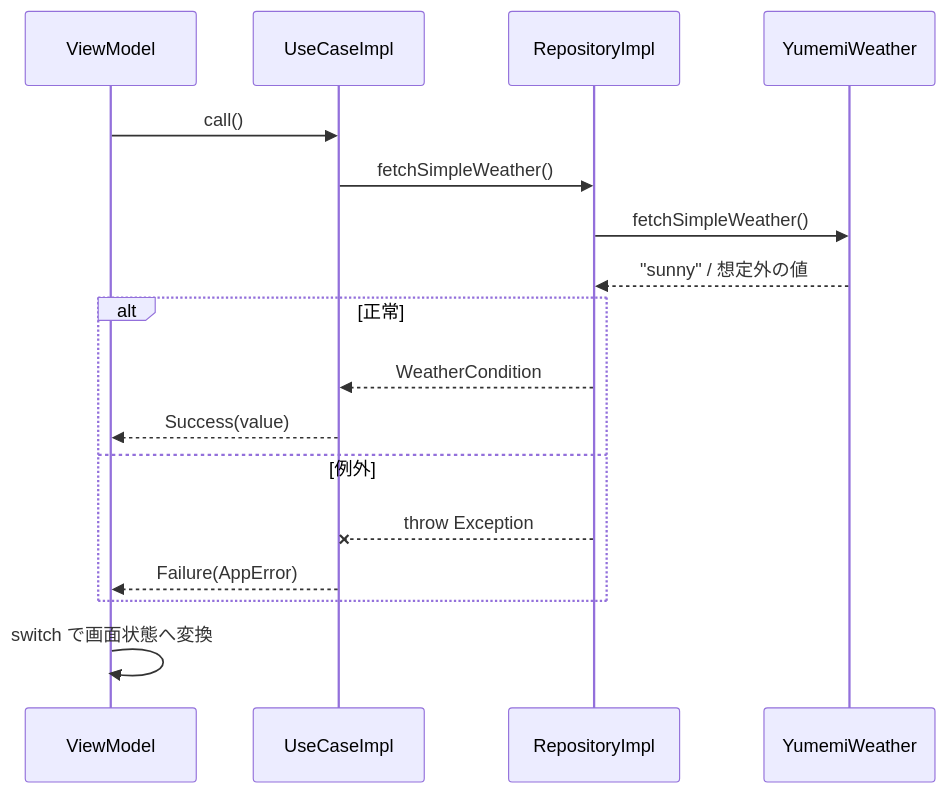
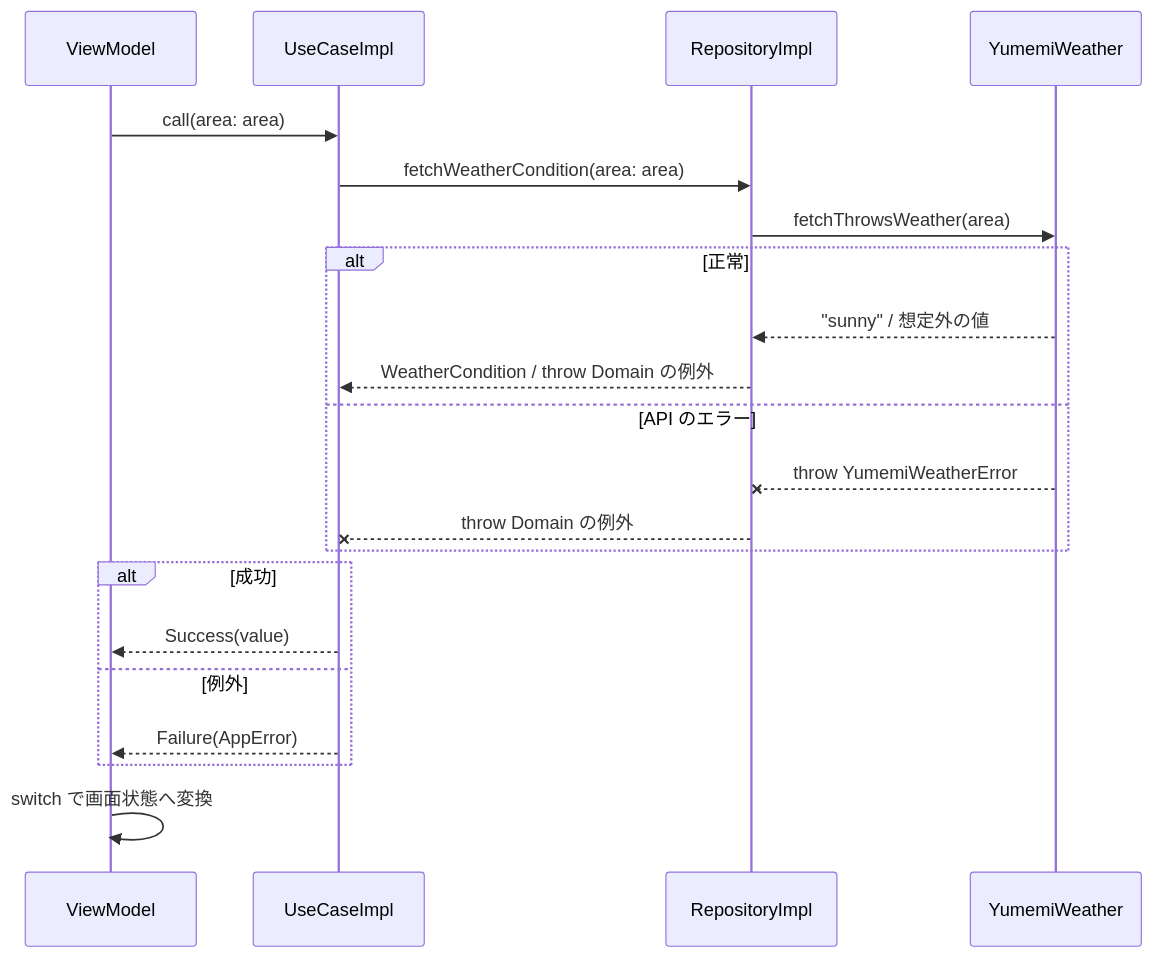
One commit to Ryosuke-Androiddev/flutter-training-rnikushi changed the second of 2 diagrams in docs/ARCHITECTURE.md. Above: the diagram before and after it, drawn with Mermaid. The commit also changed other lines of this file and 14 other files, not shown here.

Commit message:
fetchThrowsWeather のエラーを補足し、AlertDialog でメッセージを表示する

````diff
--- a/docs/ARCHITECTURE.md
+++ b/docs/ARCHITECTURE.md
@@ -113,20 +113,24 @@
 ```mermaid
 sequenceDiagram
   participant VM as ViewModel
   participant UC as UseCaseImpl
   participant R as RepositoryImpl
   participant API as YumemiWeather
 
-  VM->>UC: call()
-  UC->>R: fetchSimpleWeather()
-  R->>API: fetchSimpleWeather()
-  API-->>R: "sunny" / 想定外の値
+  VM->>UC: call(area: area)
+  UC->>R: fetchWeatherCondition(area: area)
+  R->>API: fetchThrowsWeather(area)
   alt 正常
-    R-->>UC: WeatherCondition
+    API-->>R: "sunny" / 想定外の値
+    R-->>UC: WeatherCondition / throw Domain の例外
+  else API のエラー
+    API--xR: throw YumemiWeatherError
+    R--xUC: throw Domain の例外
+  end
+  alt 成功
     UC-->>VM: Success(value)
   else 例外
-    R--xUC: throw Exception
     UC-->>VM: Failure(AppError)
   end
   VM->>VM: switch で画面状態へ変換
 ```
````
